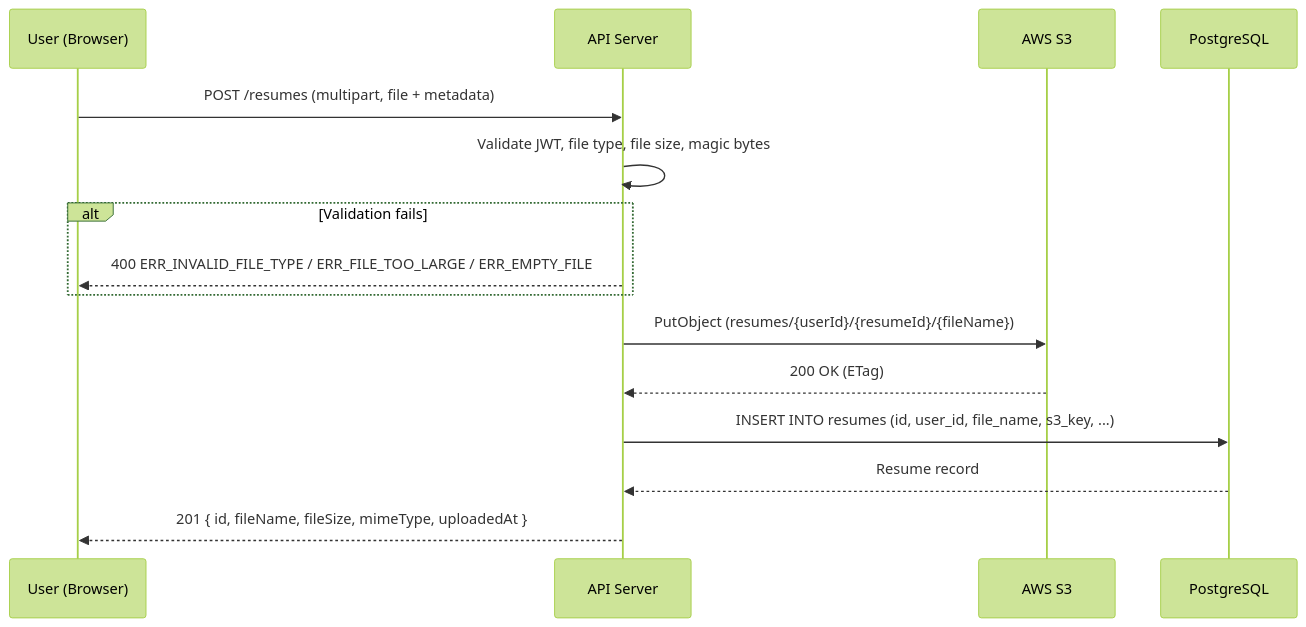
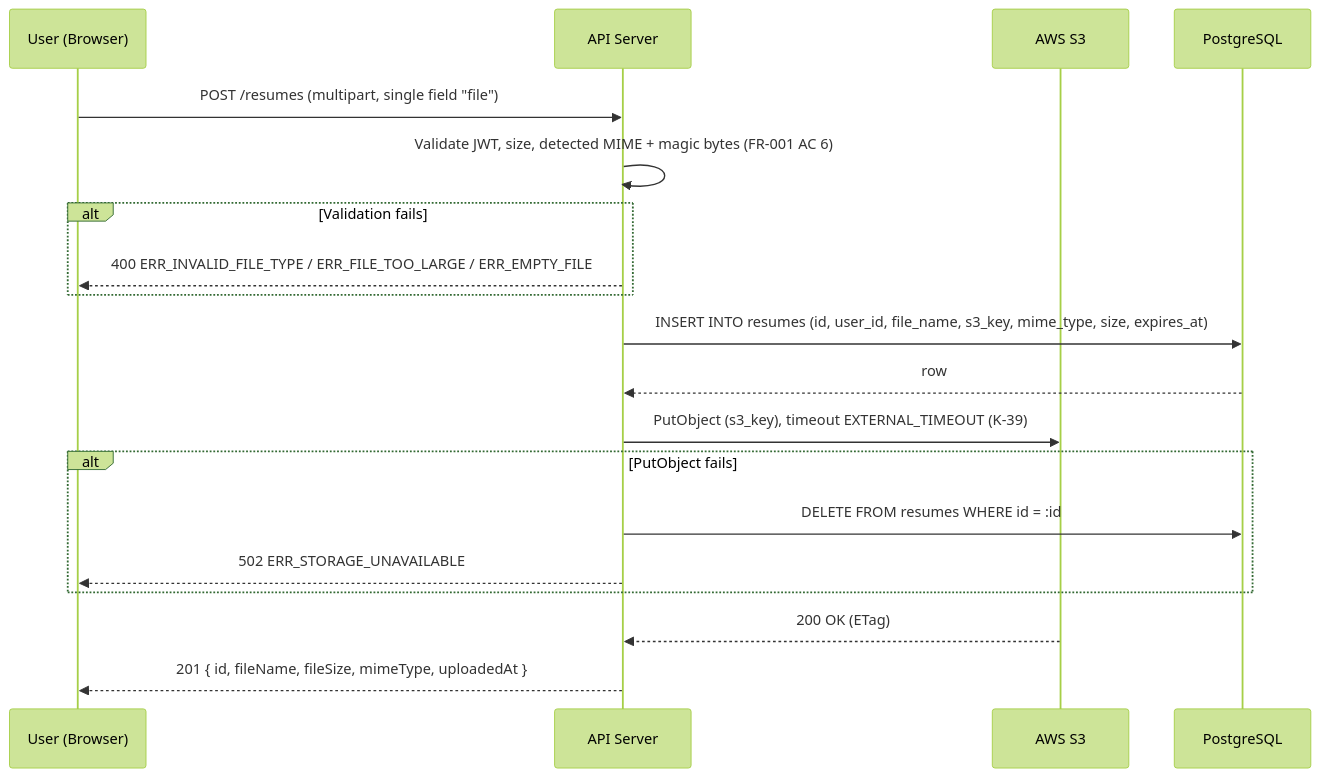
The second of 6 diagrams in sovan/spec.md (divii-school/spec-homework), drawn with Mermaid (forest theme) before and after one commit. The commit also changed other lines of this file, not shown here.

Commit message:
docs(spec): v1.3 step 3 — analysis job state machine: heartbeat + stalled sweep, enqueue rollback, credit_reserved/reserved_month accounting, retry cap, AI response validation, INSERT-before-PutObject, soft-delete resumes

````diff
--- a/sovan/spec.md
+++ b/sovan/spec.md
@@ -359,18 +360,22 @@
 ```mermaid
 sequenceDiagram
     participant U as User (Browser)
     participant A as API Server
     participant S3 as AWS S3
     participant DB as PostgreSQL
 
-    U->>A: POST /resumes (multipart, file + metadata)
-    A->>A: Validate JWT, file type, file size, magic bytes
+    U->>A: POST /resumes (multipart, single field "file")
+    A->>A: Validate JWT, size, detected MIME + magic bytes (FR-001 AC 6)
     alt Validation fails
         A-->>U: 400 ERR_INVALID_FILE_TYPE / ERR_FILE_TOO_LARGE / ERR_EMPTY_FILE
     end
-    A->>S3: PutObject (resumes/{userId}/{resumeId}/{fileName})
+    A->>DB: INSERT INTO resumes (id, user_id, file_name, s3_key, mime_type, size, expires_at)
+    DB-->>A: row
+    A->>S3: PutObject (s3_key), timeout EXTERNAL_TIMEOUT (K-39)
+    alt PutObject fails
+        A->>DB: DELETE FROM resumes WHERE id = :id
+        A-->>U: 502 ERR_STORAGE_UNAVAILABLE
+    end
     S3-->>A: 200 OK (ETag)
-    A->>DB: INSERT INTO resumes (id, user_id, file_name, s3_key, ...)
-    DB-->>A: Resume record
     A-->>U: 201 { id, fileName, fileSize, mimeType, uploadedAt }
 ```
````
